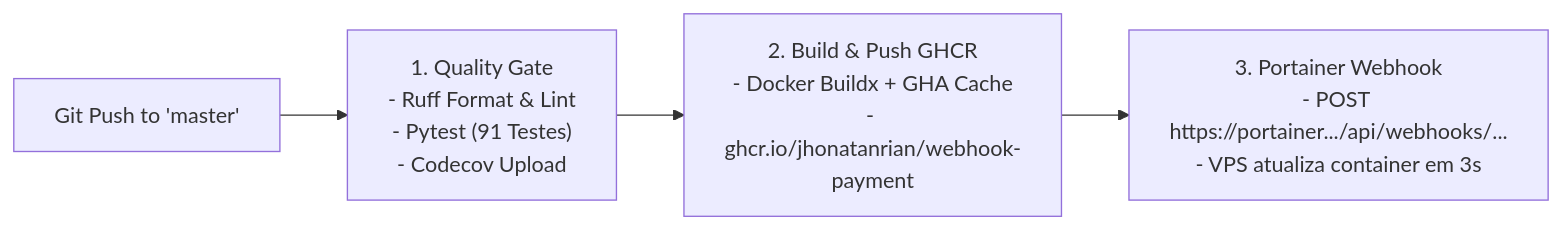
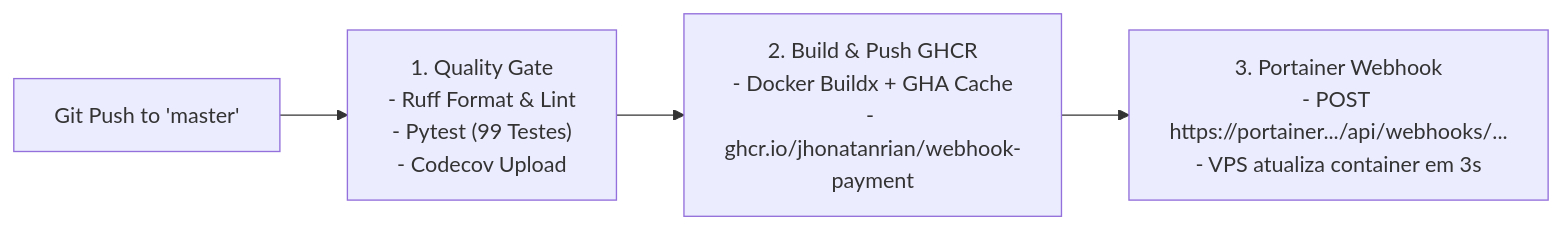
Before and after one commit to JhonatanRian/webhook-payment: the second of 2 diagrams in docs/deployment.md, drawn with Mermaid. The commit also changed 13 other files, not shown here.

````diff
--- a/docs/deployment.md
+++ b/docs/deployment.md
@@ -38,6 +38,6 @@
 ```mermaid
 flowchart LR
-    PUSH["Git Push to 'master'"] --> TEST["1. Quality Gate\n- Ruff Format & Lint\n- Pytest (91 Testes)\n- Codecov Upload"]
+    PUSH["Git Push to 'master'"] --> TEST["1. Quality Gate\n- Ruff Format & Lint\n- Pytest (99 Testes)\n- Codecov Upload"]
     TEST --> BUILD["2. Build & Push GHCR\n- Docker Buildx + GHA Cache\n- ghcr.io/jhonatanrian/webhook-payment"]
     BUILD --> PORTAINER["3. Portainer Webhook\n- POST https://portainer.../api/webhooks/...\n- VPS atualiza container em 3s"]
 ```
````
